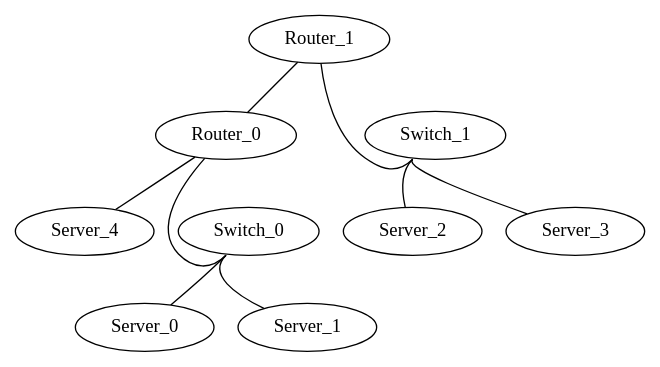
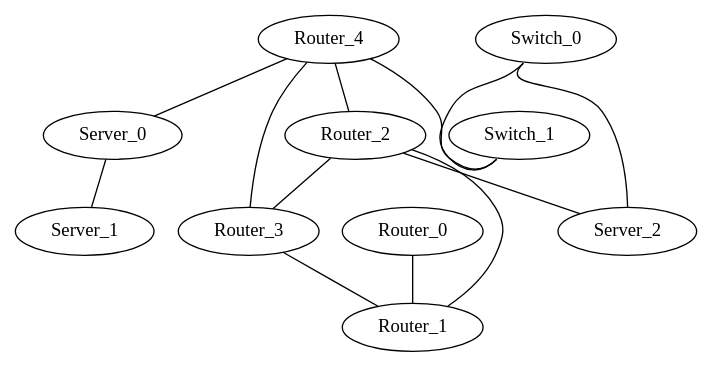
Before and after one commit to matferronato/TopologyGen: the diagram in TopologyGen/TopologyInfo/topology.dot, drawn with Graphviz. The commit also changed 102 other files, not shown here.

```diff
--- a/TopologyGen/TopologyInfo/topology.dot
+++ b/TopologyGen/TopologyInfo/topology.dot
@@ -1,19 +1,24 @@
 graph vx {
-"Router_0" [function="leaf" vagrant="eth1" os="Linux Ubuntu" version="1.1" memory="500" config="./helper_scripts/config_production_switch.sh" ]
-"Router_1" [function="leaf" vagrant="eth1" os="Linux Ubuntu" version="1.1" memory="500" config="./helper_scripts/config_production_switch.sh" ]
-"Server_0" [function="leaf" vagrant="eth1" os="Linux Ubuntu" version="1.1" memory="500" config="./helper_scripts/config_production_switch.sh" ]
-"Server_1" [function="leaf" vagrant="eth1" os="Linux Ubuntu" version="1.1" memory="500" config="./helper_scripts/config_production_switch.sh" ]
-"Server_2" [function="leaf" vagrant="eth1" os="Linux Ubuntu" version="1.1" memory="500" config="./helper_scripts/config_production_switch.sh" ]
-"Server_3" [function="leaf" vagrant="eth1" os="Linux Ubuntu" version="1.1" memory="500" config="./helper_scripts/config_production_switch.sh" ]
-"Server_4" [function="leaf" vagrant="eth1" os="Linux Ubuntu" version="1.1" memory="500" config="./helper_scripts/config_production_switch.sh" ]
-"Switch_0" [function="leaf" vagrant="eth1" os="Linux Ubuntu" version="1.1" memory="500" config="./helper_scripts/config_production_switch.sh" ]
-"Switch_1" [function="leaf" vagrant="eth1" os="Linux Ubuntu" version="1.1" memory="500" config="./helper_scripts/config_production_switch.sh" ]
-"Router_1":"eth100" -- "Router_0":"eth100"
-"Router_1":"eth50" -- "Switch_1":"swp100"
-"Switch_1":"swp1" -- "Server_3":"eth50"
-"Switch_1":"swp2" -- "Server_2":"eth50"
-"Switch_0":"swp1" -- "Server_1":"eth50"
-"Switch_0":"swp2" -- "Server_0":"eth50"
-"Router_0":"eth50" -- "Switch_0":"swp100"
-"Router_0":"eth1" -- "Server_4":"eth100"
+"Router_0" [function="leaf" vagrant="eth1" os="Ubuntu" version="1.1" memory="500" config="./helper_scripts/config_production_switch.sh" ]
+"Router_1" [function="leaf" vagrant="eth1" os="Ubuntu" version="1.1" memory="500" config="./helper_scripts/config_production_switch.sh" ]
+"Router_2" [function="leaf" vagrant="eth1" os="Ubuntu" version="1.1" memory="500" config="./helper_scripts/config_production_switch.sh" ]
+"Router_3" [function="leaf" vagrant="eth1" os="Ubuntu" version="1.1" memory="500" config="./helper_scripts/config_production_switch.sh" ]
+"Router_4" [function="leaf" vagrant="eth1" os="Ubuntu" version="1.1" memory="500" config="./helper_scripts/config_production_switch.sh" ]
+"Server_0" [function="leaf" vagrant="eth1" os="Ubuntu" version="1.1" memory="500" config="./helper_scripts/config_production_switch.sh" ]
+"Server_1" [function="leaf" vagrant="eth1" os="Ubuntu" version="1.1" memory="500" config="./helper_scripts/config_production_switch.sh" ]
+"Server_2" [function="leaf" vagrant="eth1" os="Ubuntu" version="1.1" memory="500" config="./helper_scripts/config_production_switch.sh" ]
+"Switch_0" [function="leaf" vagrant="eth1" os="Ubuntu" version="1.1" memory="500" config="./helper_scripts/config_production_switch.sh" ]
+"Switch_1" [function="leaf" vagrant="eth1" os="Ubuntu" version="1.1" memory="500" config="./helper_scripts/config_production_switch.sh" ]
+"Server_0":"eth1" -- "Server_1":"eth1"
+"Router_4":"eth1" -- "Server_0":"eth100"
+"Router_4":"eth50" -- "Switch_1":"swp100"
+"Switch_0":"swp50" -- "Switch_1":"swp50"
+"Switch_0":"swp1" -- "Server_2":"eth50"
+"Router_4":"eth100" -- "Router_3":"eth100"
+"Router_4":"eth101" -- "Router_2":"eth100"
+"Router_2":"eth101" -- "Router_3":"eth101"
+"Router_3":"eth102" -- "Router_1":"eth100"
+"Router_0":"eth100" -- "Router_1":"eth101"
+"Router_2":"eth1" -- "Server_2":"eth100"
+"Router_2":"eth102" -- "Router_1":"eth102"
 }
```
